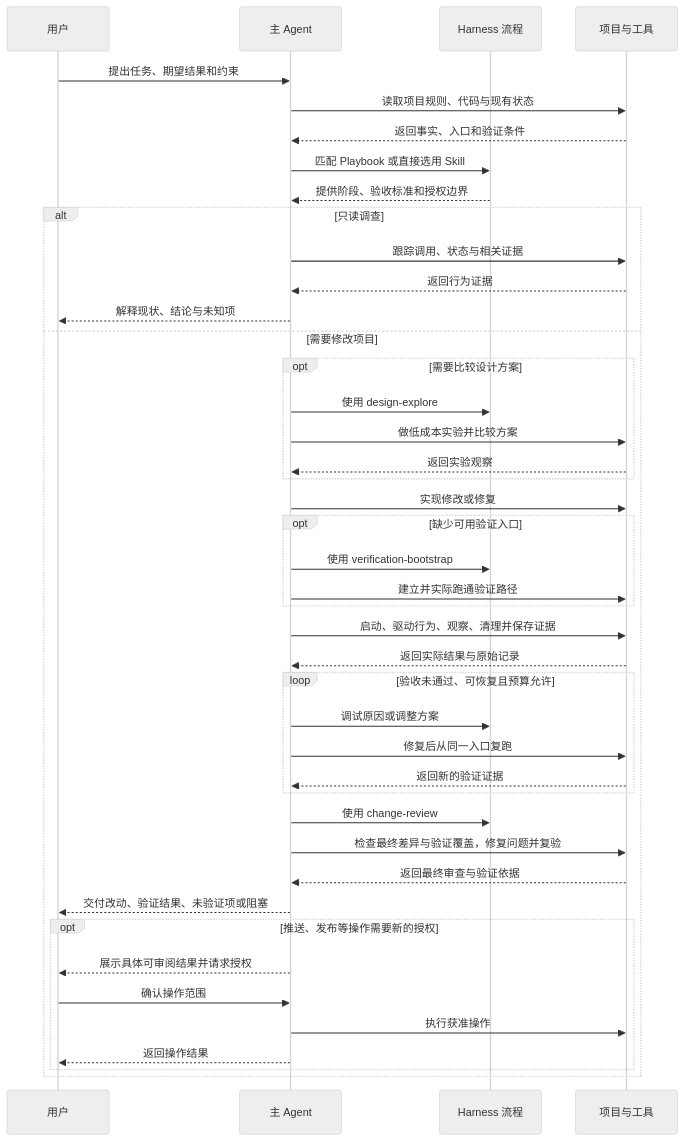
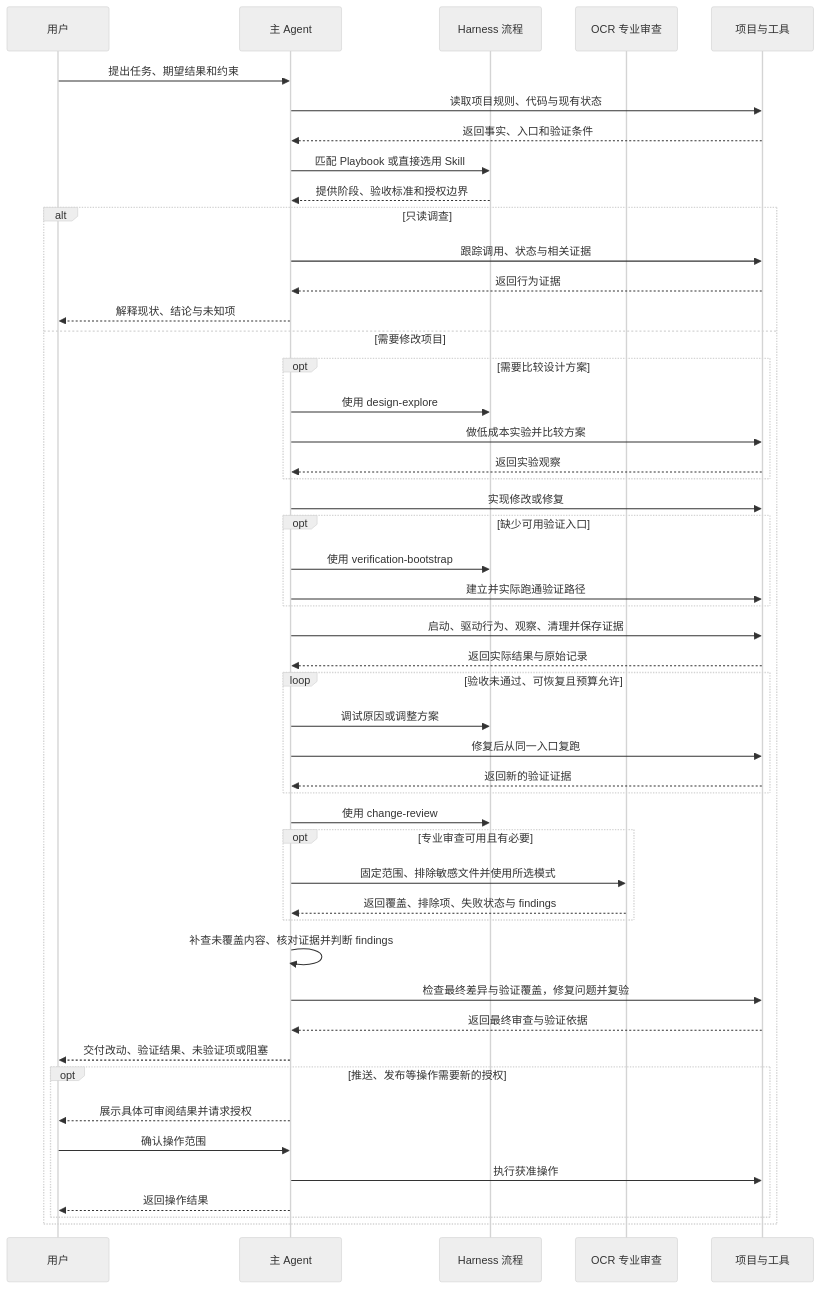
The second of 2 diagrams in plugins/lookerjin-harness/docs/execution-core.md (lookerjin/lookerjin-harness), drawn with Mermaid (neutral theme) before and after one commit. The commit also changed other lines of this file and 8 other files, not shown here.

````diff
--- a/plugins/lookerjin-harness/docs/execution-core.md
+++ b/plugins/lookerjin-harness/docs/execution-core.md
@@ -36,53 +39,59 @@
 ```mermaid
 sequenceDiagram
     participant U as 用户
     participant A as 主 Agent
     participant H as Harness 流程
+    participant O as OCR 专业审查
     participant P as 项目与工具
 
     U->>A: 提出任务、期望结果和约束
     A->>P: 读取项目规则、代码与现有状态
     P-->>A: 返回事实、入口和验证条件
     A->>H: 匹配 Playbook 或直接选用 Skill
     H-->>A: 提供阶段、验收标准和授权边界
 
     alt 只读调查
         A->>P: 跟踪调用、状态与相关证据
         P-->>A: 返回行为证据
         A-->>U: 解释现状、结论与未知项
     else 需要修改项目
         opt 需要比较设计方案
             A->>H: 使用 design-explore
             A->>P: 做低成本实验并比较方案
             P-->>A: 返回实验观察
         end
 
         A->>P: 实现修改或修复
 
         opt 缺少可用验证入口
             A->>H: 使用 verification-bootstrap
             A->>P: 建立并实际跑通验证路径
         end
 
         A->>P: 启动、驱动行为、观察、清理并保存证据
         P-->>A: 返回实际结果与原始记录
 
         loop 验收未通过、可恢复且预算允许
             A->>H: 调试原因或调整方案
             A->>P: 修复后从同一入口复跑
             P-->>A: 返回新的验证证据
         end
 
         A->>H: 使用 change-review
+        opt 专业审查可用且有必要
+            A->>O: 固定范围、排除敏感文件并使用所选模式
+            O-->>A: 返回覆盖、排除项、失败状态与 findings
+        end
+        A->>A: 补查未覆盖内容、核对证据并判断 findings
         A->>P: 检查最终差异与验证覆盖，修复问题并复验
         P-->>A: 返回最终审查与验证依据
         A-->>U: 交付改动、验证结果、未验证项或阻塞
 
         opt 推送、发布等操作需要新的授权
             A-->>U: 展示具体可审阅结果并请求授权
             U->>A: 确认操作范围
             A->>P: 执行获准操作
             A-->>U: 返回操作结果
         end
     end
 ```
````
